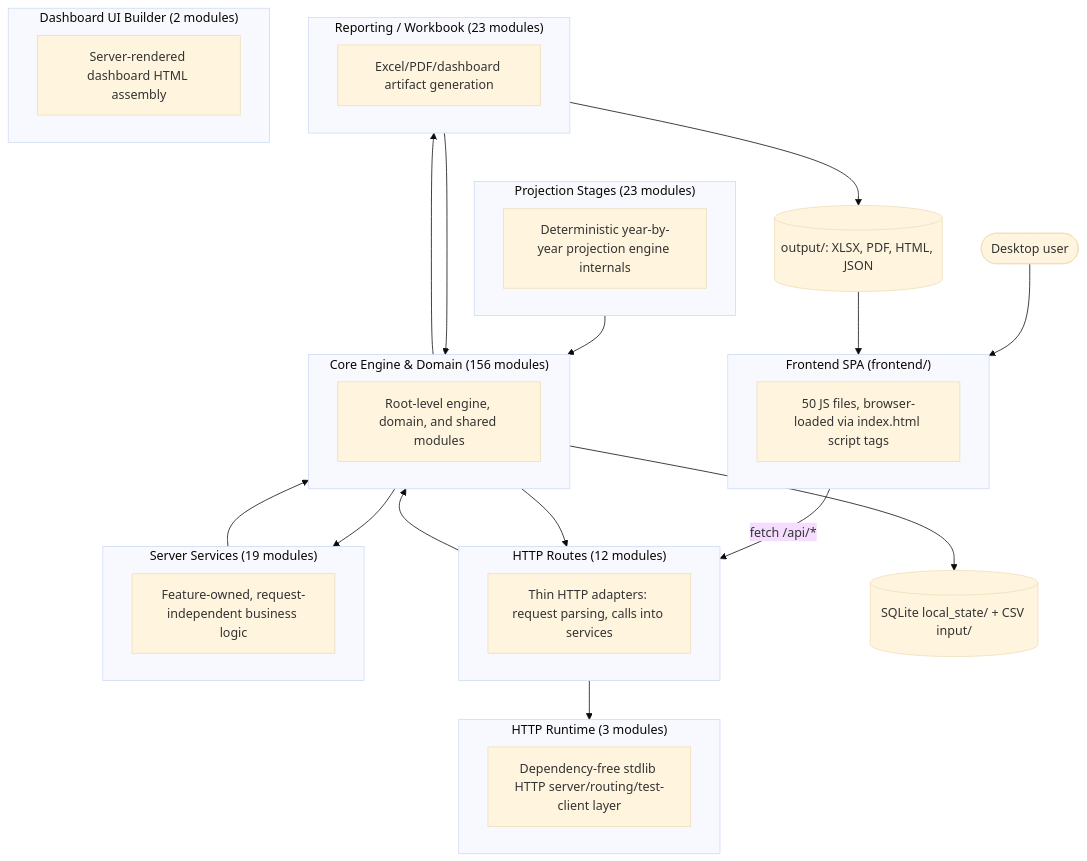
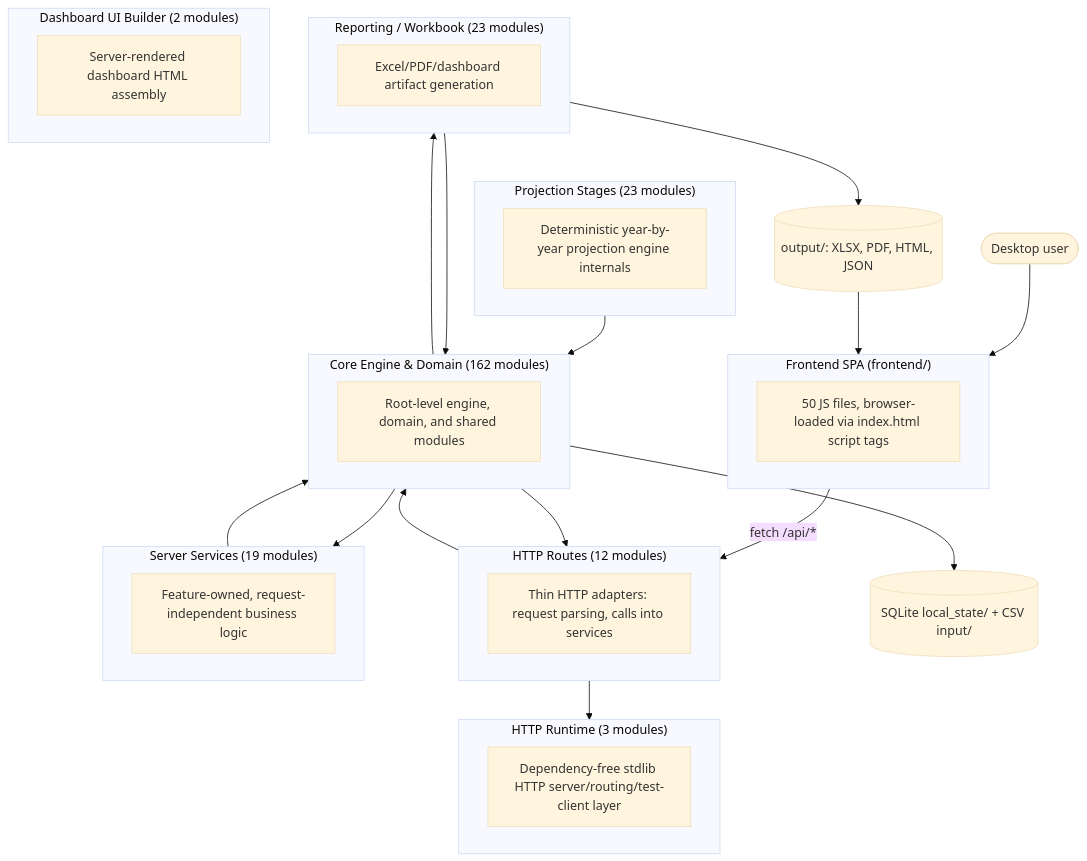
The first of 2 diagrams in documentation/reference/SYSTEM_ARCHITECTURE_DIAGRAM.md (matthartzman/retirement_system), drawn with Mermaid (base theme) before and after one commit. The commit also changed other lines of this file and 2 other files, not shown here.

First line of the commit message:
WP10.2 wip: tier mapping keeps off plan flags off; tier mapping unit tests; diagram

````diff
--- a/documentation/reference/SYSTEM_ARCHITECTURE_DIAGRAM.md
+++ b/documentation/reference/SYSTEM_ARCHITECTURE_DIAGRAM.md
@@ -11,40 +11,40 @@
 ```mermaid
 flowchart TB
     User(["Desktop user"]) --> FE
     subgraph FE["Frontend SPA (frontend/)"]
         FEcount["50 JS files, browser-loaded via index.html script tags"]
     end
     FE -->|fetch /api/*| L_HTTP_Routes
     subgraph L_HTTP_Routes["HTTP Routes (12 modules)"]
         L_HTTP_Routes_d["Thin HTTP adapters: request parsing, calls into services"]
     end
     subgraph L_Server_Services["Server Services (19 modules)"]
         L_Server_Services_d["Feature-owned, request-independent business logic"]
     end
     subgraph L_HTTP_Runtime["HTTP Runtime (3 modules)"]
         L_HTTP_Runtime_d["Dependency-free stdlib HTTP server/routing/test-client layer"]
     end
-    subgraph L_Core_Engine___Domain["Core Engine & Domain (156 modules)"]
+    subgraph L_Core_Engine___Domain["Core Engine & Domain (162 modules)"]
         L_Core_Engine___Domain_d["Root-level engine, domain, and shared modules"]
     end
     subgraph L_Projection_Stages["Projection Stages (23 modules)"]
         L_Projection_Stages_d["Deterministic year-by-year projection engine internals"]
     end
     subgraph L_Reporting___Workbook["Reporting / Workbook (23 modules)"]
         L_Reporting___Workbook_d["Excel/PDF/dashboard artifact generation"]
     end
     subgraph L_Dashboard_UI_Builder["Dashboard UI Builder (2 modules)"]
         L_Dashboard_UI_Builder_d["Server-rendered dashboard HTML assembly"]
     end
     L_Core_Engine___Domain --> L_HTTP_Routes
     L_Core_Engine___Domain --> L_Reporting___Workbook
     L_Core_Engine___Domain --> L_Server_Services
     L_HTTP_Routes --> L_Core_Engine___Domain
     L_HTTP_Routes --> L_HTTP_Runtime
     L_Projection_Stages --> L_Core_Engine___Domain
     L_Reporting___Workbook --> L_Core_Engine___Domain
     L_Server_Services --> L_Core_Engine___Domain
     L_Core_Engine___Domain --> DB[("SQLite local_state/ + CSV input/")]
     L_Reporting___Workbook --> Outputs[("output/: XLSX, PDF, HTML, JSON")]
     Outputs --> FE
 ```
````
